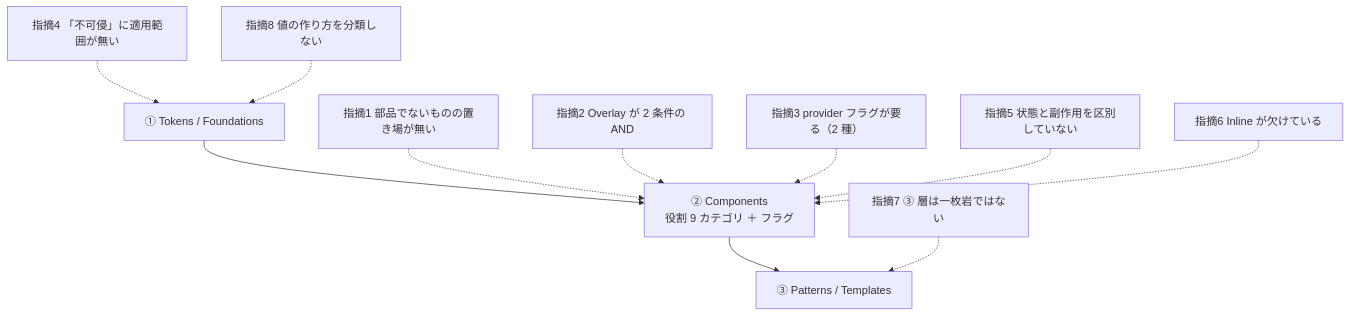
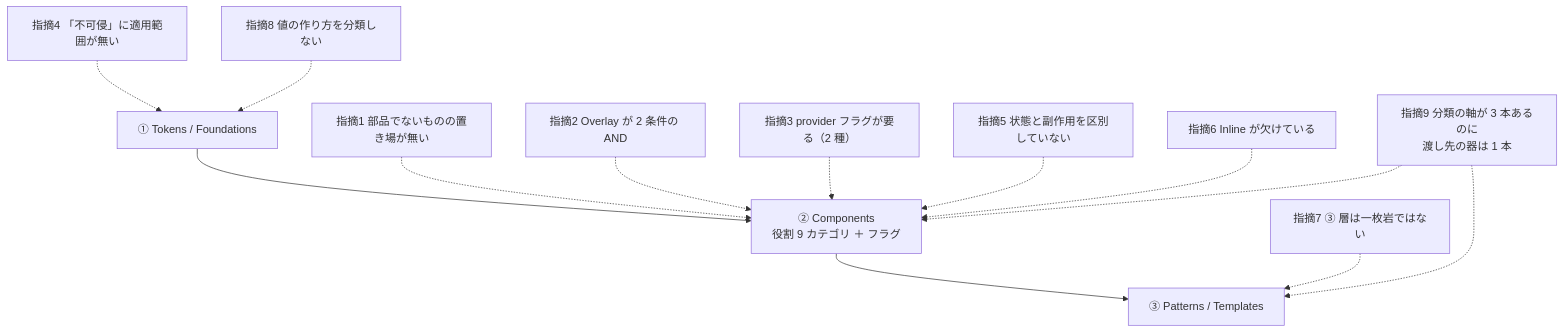
One commit to yatami0/design changed the diagram in docs/共通コンポーネント思想への指摘.md. Above: the diagram before and after it, drawn with Mermaid. The commit also changed other lines of this file and 5 other files, not shown here.

````diff
--- a/docs/共通コンポーネント思想への指摘.md
+++ b/docs/共通コンポーネント思想への指摘.md
@@ -208,17 +267,19 @@
 ```mermaid
 flowchart TD
   T1["① Tokens / Foundations"]
   T2["② Components<br/>役割 9 カテゴリ ＋ フラグ"]
   T3["③ Patterns / Templates"]
 
   T1 --> T2 --> T3
 
   P4["指摘4 「不可侵」に適用範囲が無い"] -.-> T1
   P8["指摘8 値の作り方を分類しない"] -.-> T1
   P1["指摘1 部品でないものの置き場が無い"] -.-> T2
   P2["指摘2 Overlay が 2 条件の AND"] -.-> T2
   P3["指摘3 provider フラグが要る（2 種）"] -.-> T2
   P5["指摘5 状態と副作用を区別していない"] -.-> T2
   P6["指摘6 Inline が欠けている"] -.-> T2
   P7["指摘7 ③ 層は一枚岩ではない"] -.-> T3
+  P9["指摘9 分類の軸が 3 本あるのに<br/>渡し先の器は 1 本"] -.-> T2
+  P9 -.-> T3
 ```
````
